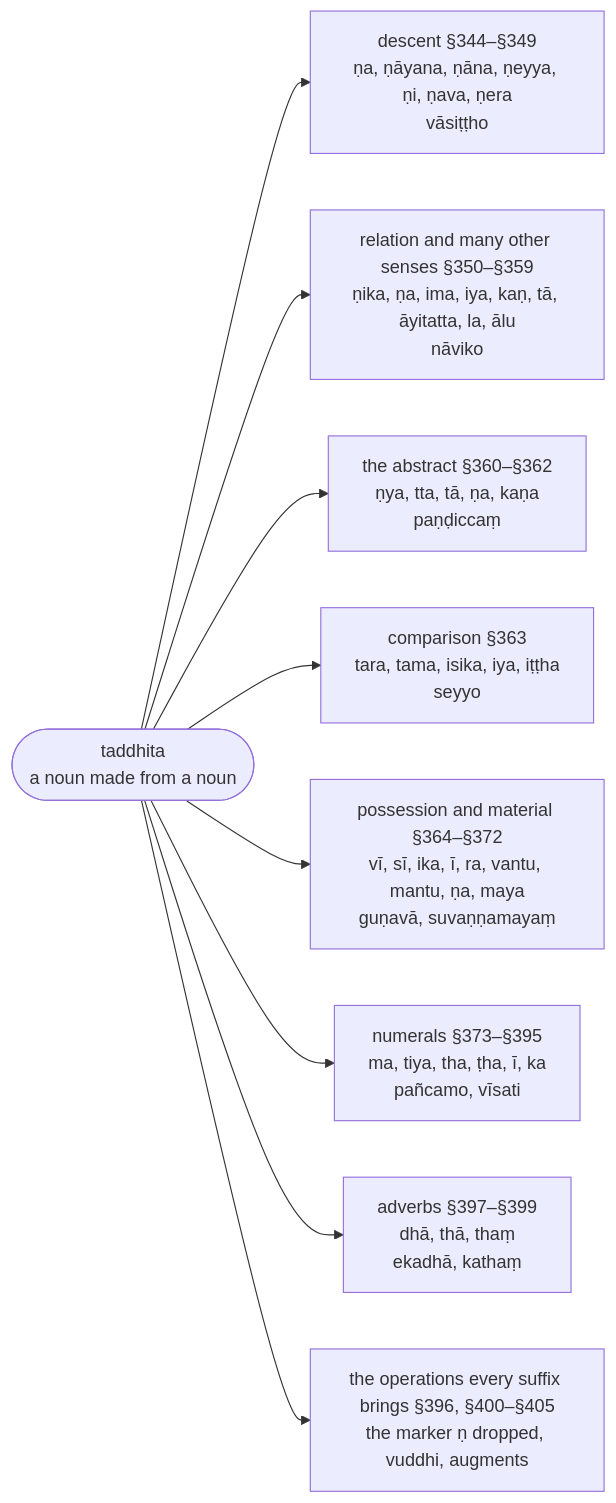
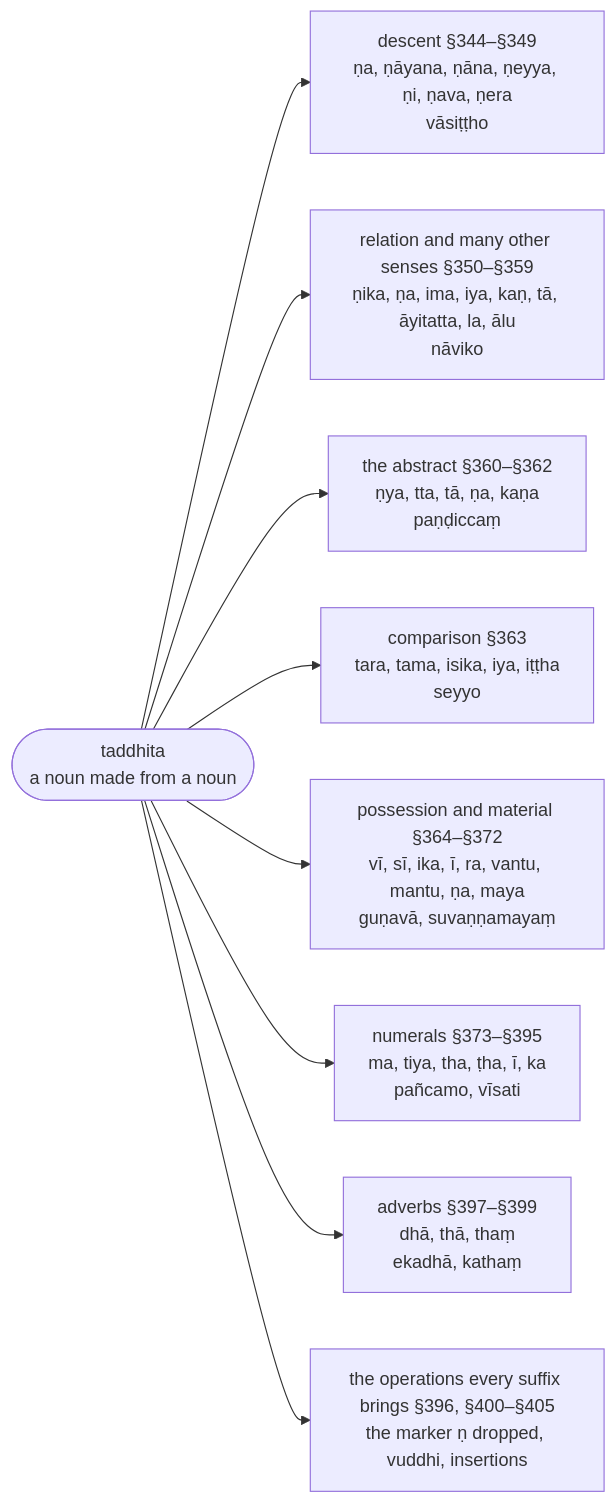
One commit to kaccayana/kaccayana.github.io changed the diagram in src/content/docs/kaccayana/5-taddhitakappa.mdx. Above: the diagram before and after it, drawn with Mermaid. The commit also changed other lines of this file and 35 other files, not shown here.

````diff
--- a/src/content/docs/kaccayana/5-taddhitakappa.mdx
+++ b/src/content/docs/kaccayana/5-taddhitakappa.mdx
@@ -20,11 +20,11 @@
 ```mermaid
 flowchart LR
   T(["taddhita<br/>a noun made from a noun"]) --> A["descent §344–§349<br/>ṇa, ṇāyana, ṇāna, ṇeyya, ṇi, ṇava, ṇera<br/>vāsiṭṭho"]
   T --> R["relation and many other senses §350–§359<br/>ṇika, ṇa, ima, iya, kaṇ, tā, āyitatta, la, ālu<br/>nāviko"]
   T --> Bh["the abstract §360–§362<br/>ṇya, tta, tā, ṇa, kaṇa<br/>paṇḍiccaṃ"]
   T --> V["comparison §363<br/>tara, tama, isika, iya, iṭṭha<br/>seyyo"]
   T --> P["possession and material §364–§372<br/>vī, sī, ika, ī, ra, vantu, mantu, ṇa, maya<br/>guṇavā, suvaṇṇamayaṃ"]
   T --> N["numerals §373–§395<br/>ma, tiya, tha, ṭha, ī, ka<br/>pañcamo, vīsati"]
   T --> Ad["adverbs §397–§399<br/>dhā, thā, thaṃ<br/>ekadhā, kathaṃ"]
-  T --> O["the operations every suffix brings §396, §400–§405<br/>the marker ṇ dropped, vuddhi, augments"]
+  T --> O["the operations every suffix brings §396, §400–§405<br/>the marker ṇ dropped, vuddhi, insertions"]
 ```
````
